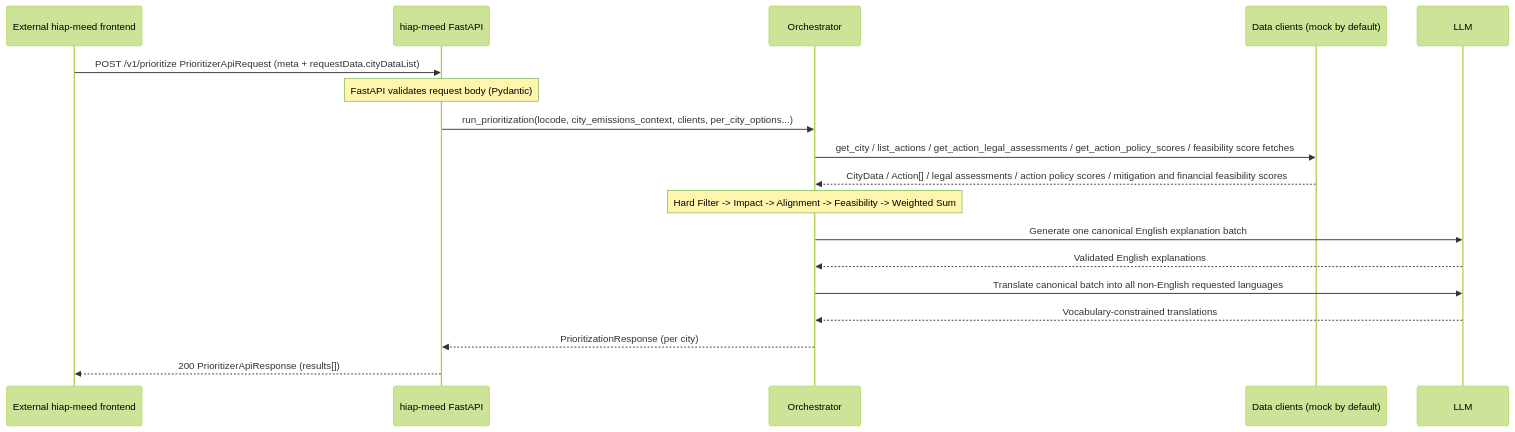
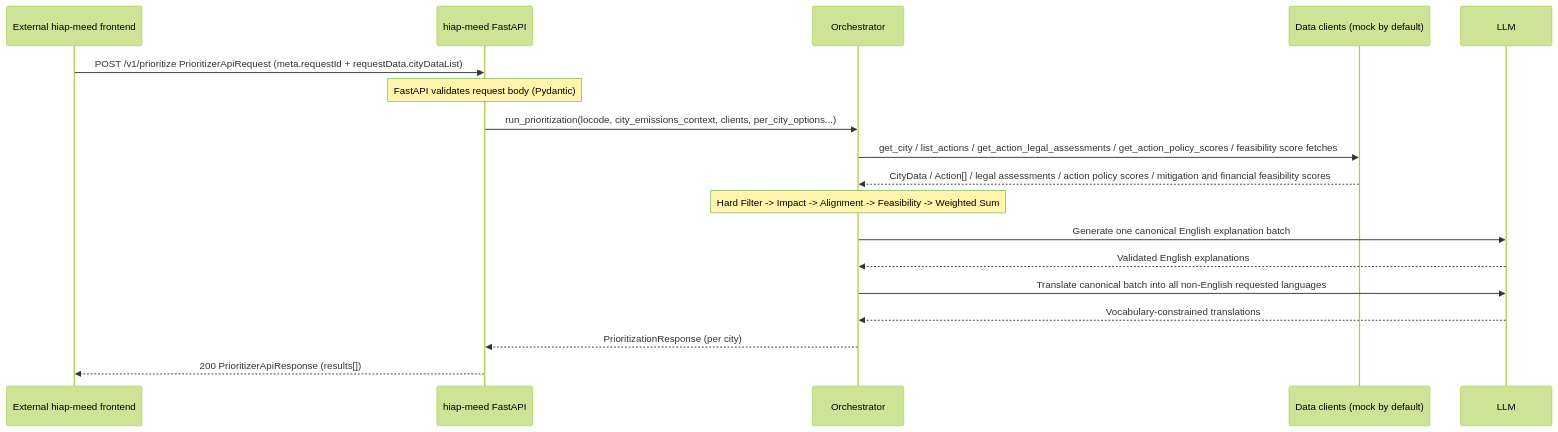
Before and after one commit to Open-Earth-Foundation/CityCatalyst: the third of 4 diagrams in hiap-meed/docs/service-architecture.md, drawn with Mermaid (forest theme). The commit also changed 28 other files, not shown here.

````diff
--- a/hiap-meed/docs/service-architecture.md
+++ b/hiap-meed/docs/service-architecture.md
@@ -122,20 +122,20 @@
 ```mermaid
 sequenceDiagram
     participant FE as External hiap-meed frontend
     participant API as hiap-meed FastAPI
     participant Orch as Orchestrator
     participant Clients as Data clients (mock by default)
 
-    FE->>API: POST /v1/prioritize PrioritizerApiRequest (meta + requestData.cityDataList)
+    FE->>API: POST /v1/prioritize PrioritizerApiRequest (meta.requestId + requestData.cityDataList)
     Note over API: FastAPI validates request body (Pydantic)
     API->>Orch: run_prioritization(locode, city_emissions_context, clients, per_city_options...)
     Orch->>Clients: get_city / list_actions / get_action_legal_assessments / get_action_policy_scores / feasibility score fetches
     Clients-->>Orch: CityData / Action[] / legal assessments / action policy scores / mitigation and financial feasibility scores
     Note over Orch: Hard Filter -> Impact -> Alignment -> Feasibility -> Weighted Sum
     Orch->>LLM: Generate one canonical English explanation batch
     LLM-->>Orch: Validated English explanations
     Orch->>LLM: Translate canonical batch into all non-English requested languages
     LLM-->>Orch: Vocabulary-constrained translations
     Orch-->>API: PrioritizationResponse (per city)
     API-->>FE: 200 PrioritizerApiResponse (results[])
 ```
````
